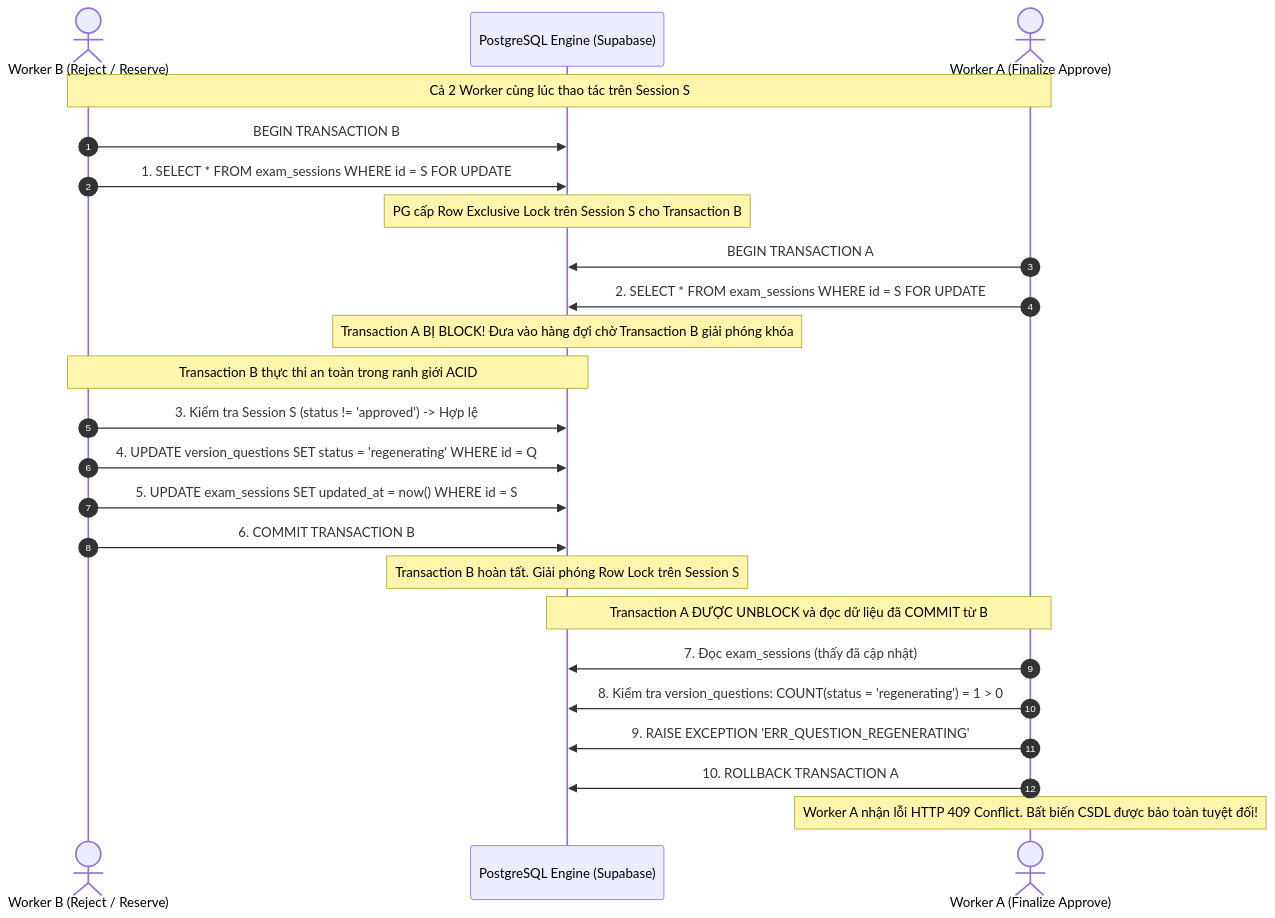
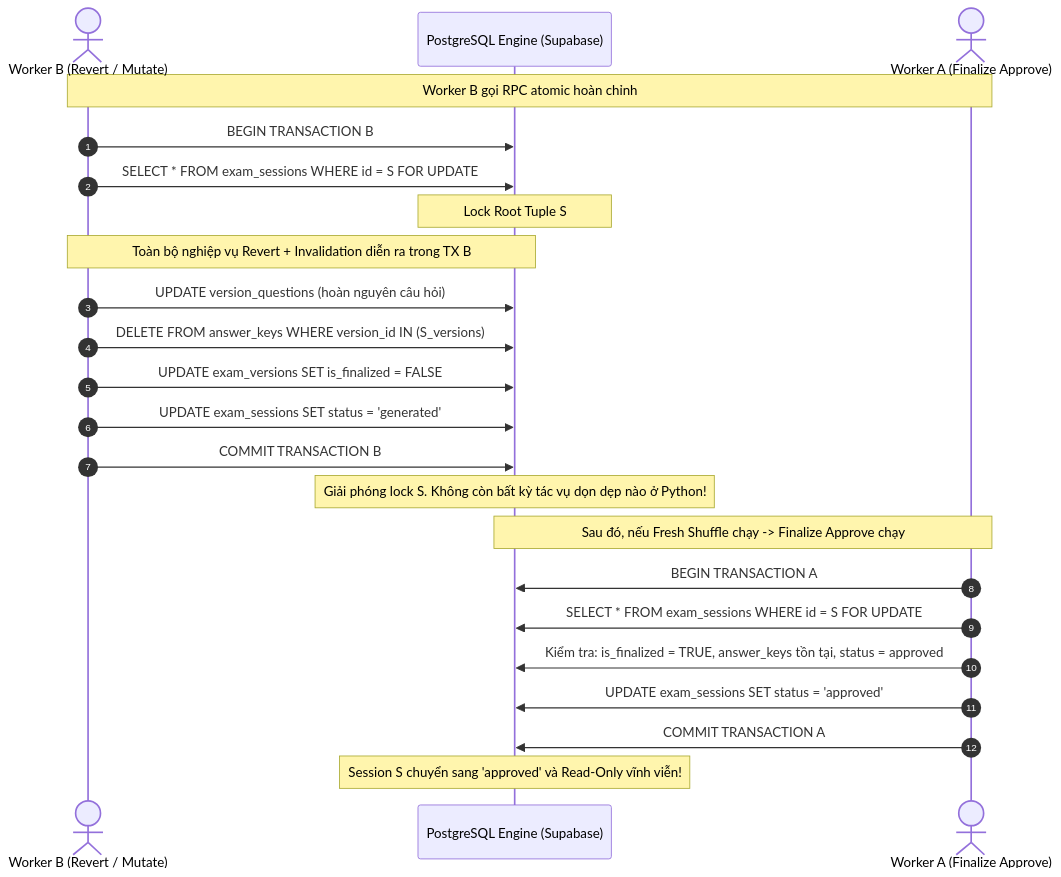
The second of 3 diagrams in docs/tasks/PLAN_FIX_F01_TASK305.md (Computational-Thinking-Project/isomorphic-exam-synthesizer), drawn with Mermaid before and after one commit. The commit also changed other lines of this file and 5 other files, not shown here.

````diff
--- a/docs/tasks/PLAN_FIX_F01_TASK305.md
+++ b/docs/tasks/PLAN_FIX_F01_TASK305.md
@@ -64,30 +89,28 @@
 ```mermaid
 sequenceDiagram
     autonumber
-    actor WB as Worker B (Reject / Reserve)
+    actor WB as Worker B (Revert / Mutate)
     participant PG as PostgreSQL Engine (Supabase)
     actor WA as Worker A (Finalize Approve)
 
-    Note over WB,WA: Cả 2 Worker cùng lúc thao tác trên Session S
+    Note over WB,WA: Worker B gọi RPC atomic hoàn chỉnh
     WB->>PG: BEGIN TRANSACTION B
-    WB->>PG: 1. SELECT * FROM exam_sessions WHERE id = S FOR UPDATE
-    Note over PG: PG cấp Row Exclusive Lock trên Session S cho Transaction B
+    WB->>PG: SELECT * FROM exam_sessions WHERE id = S FOR UPDATE
+    Note over PG: Lock Root Tuple S
 
+    Note over WB,PG: Toàn bộ nghiệp vụ Revert + Invalidation diễn ra trong TX B
+    WB->>PG: UPDATE version_questions (hoàn nguyên câu hỏi)
+    WB->>PG: DELETE FROM answer_keys WHERE version_id IN (S_versions)
+    WB->>PG: UPDATE exam_versions SET is_finalized = FALSE
+    WB->>PG: UPDATE exam_sessions SET status = 'generated'
+    WB->>PG: COMMIT TRANSACTION B
+    Note over PG: Giải phóng lock S. Không còn bất kỳ tác vụ dọn dẹp nào ở Python!
+
+    Note over WA,PG: Sau đó, nếu Fresh Shuffle chạy -> Finalize Approve chạy
     WA->>PG: BEGIN TRANSACTION A
-    WA->>PG: 2. SELECT * FROM exam_sessions WHERE id = S FOR UPDATE
-    Note over PG: Transaction A BỊ BLOCK! Đưa vào hàng đợi chờ Transaction B giải phóng khóa
-
-    Note over WB,PG: Transaction B thực thi an toàn trong ranh giới ACID
-    WB->>PG: 3. Kiểm tra Session S (status != 'approved') -> Hợp lệ
-    WB->>PG: 4. UPDATE version_questions SET status = 'regenerating' WHERE id = Q
-    WB->>PG: 5. UPDATE exam_sessions SET updated_at = now() WHERE id = S
-    WB->>PG: 6. COMMIT TRANSACTION B
-    Note over PG: Transaction B hoàn tất. Giải phóng Row Lock trên Session S
-
-    Note over PG,WA: Transaction A ĐƯỢC UNBLOCK và đọc dữ liệu đã COMMIT từ B
-    WA->>PG: 7. Đọc exam_sessions (thấy đã cập nhật)
-    WA->>PG: 8. Kiểm tra version_questions: COUNT(status = 'regenerating') = 1 > 0
-    WA->>PG: 9. RAISE EXCEPTION 'ERR_QUESTION_REGENERATING'
-    WA->>PG: 10. ROLLBACK TRANSACTION A
-    Note over WA: Worker A nhận lỗi HTTP 409 Conflict. Bất biến CSDL được bảo toàn tuyệt đối!
+    WA->>PG: SELECT * FROM exam_sessions WHERE id = S FOR UPDATE
+    WA->>PG: Kiểm tra: is_finalized = TRUE, answer_keys tồn tại, status = approved
+    WA->>PG: UPDATE exam_sessions SET status = 'approved'
+    WA->>PG: COMMIT TRANSACTION A
+    Note over PG: Session S chuyển sang 'approved' và Read-Only vĩnh viễn!
 ```
````
